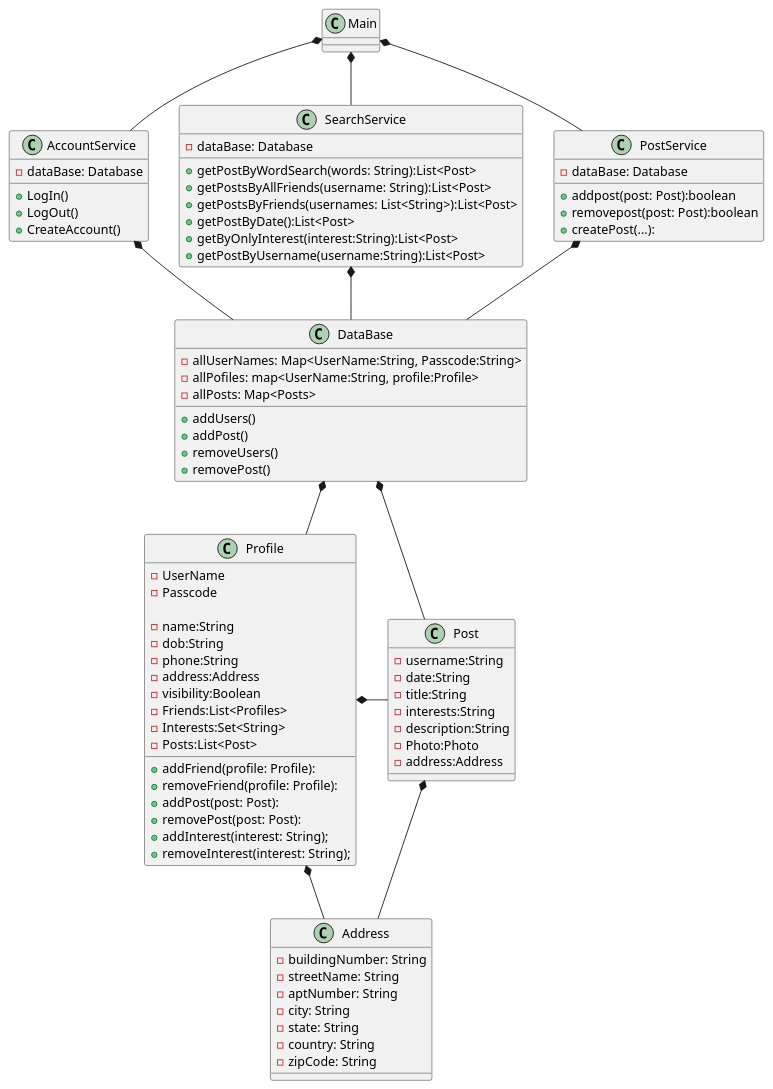
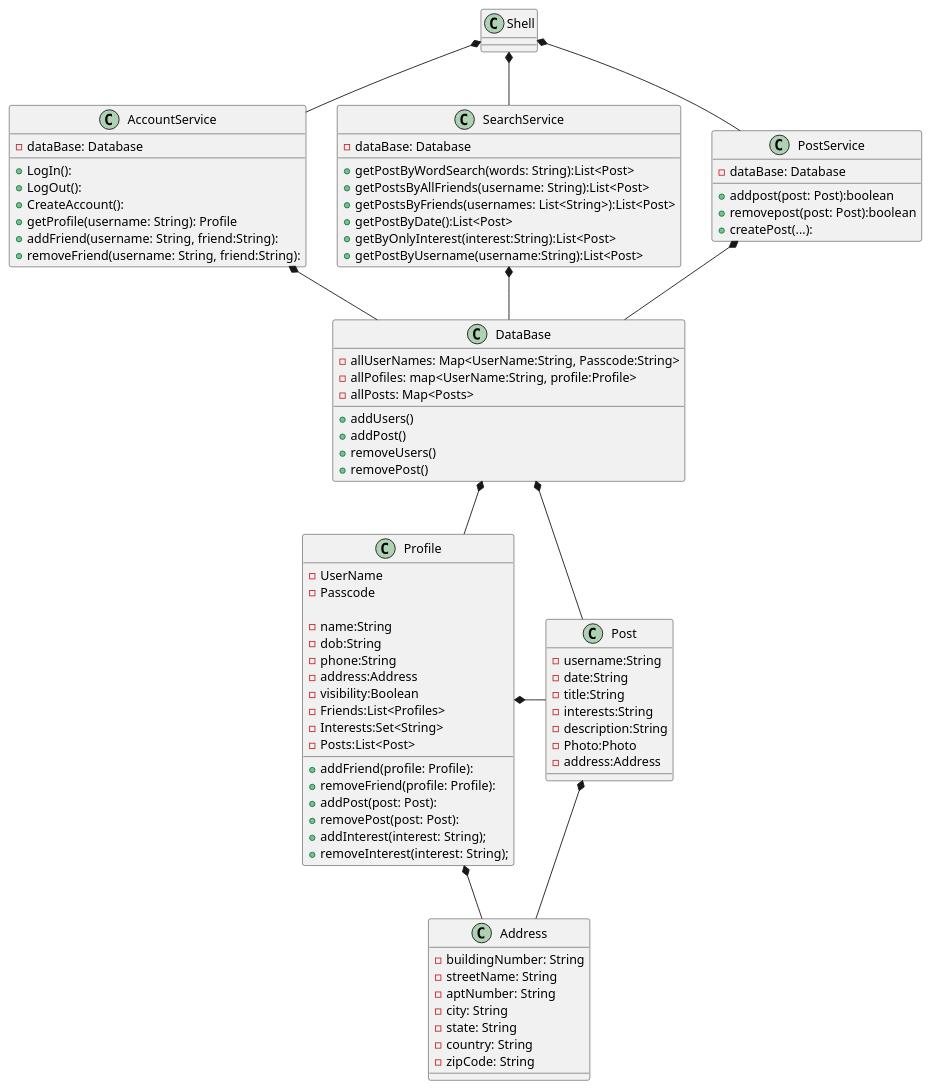
The diagram in src/main/resources/InterestServiceClassDiagram.puml (Fabdulla1/HobbyTree), drawn with PlantUML before and after one commit. The commit also changed 7 other files, not shown here.

```diff
--- a/src/main/resources/InterestServiceClassDiagram.puml
+++ b/src/main/resources/InterestServiceClassDiagram.puml
@@ -1,100 +1,103 @@
 @startuml
 'https://plantuml.com/class-diagram
 
 class DataBase {
     -allUserNames: Map<UserName:String, Passcode:String>
     -allPofiles: map<UserName:String, profile:Profile>
     -allPosts: Map<Posts>
 
     + addUsers()
     + addPost()
     + removeUsers()
     + removePost()
 }
 
 class Profile {
     - UserName
     - Passcode
 
     - name:String
     - dob:String
     - phone:String
     - address:Address
     - visibility:Boolean
     - Friends:List<Profiles>
     - Interests:Set<String>
     - Posts:List<Post>
 
     + addFriend(profile: Profile):
     + removeFriend(profile: Profile):
     + addPost(post: Post):
     + removePost(post: Post):
     + addInterest(interest: String);
     + removeInterest(interest: String);
 
 }
 
 class Post {
     - username:String
     - date:String
     - title:String
     - interests:String
     - description:String
     - Photo:Photo
     - address:Address
 }
 
 class Address {
     - buildingNumber: String
     - streetName: String
     - aptNumber: String
     - city: String
     - state: String
     - country: String
     - zipCode: String
 }
 
 class AccountService {
     - dataBase: Database
 
-    + LogIn()
-    + LogOut()
-    + CreateAccount()
+    + LogIn():
+    + LogOut():
+    + CreateAccount():
+    + getProfile(username: String): Profile
+    + addFriend(username: String, friend:String):
+    + removeFriend(username: String, friend:String):
 }
 
 class SearchService {
     - dataBase: Database
 
     + getPostByWordSearch(words: String):List<Post>
     + getPostsByAllFriends(username: String):List<Post>
     + getPostsByFriends(usernames: List<String>):List<Post>
     + getPostByDate():List<Post>
     + getByOnlyInterest(interest:String):List<Post>
     + getPostByUsername(username:String):List<Post>
 }
 
 class PostService{
     - dataBase: Database
 
     + addpost(post: Post):boolean
     + removepost(post: Post):boolean
     + createPost(...):
 }
 
-Main *-- AccountService
-Main *-- SearchService
-Main *-- PostService
+Shell *-- AccountService
+Shell *-- SearchService
+Shell *-- PostService
 
 AccountService *-- DataBase
 SearchService *-- DataBase
 PostService *-- DataBase
 
 DataBase *-- Profile
 DataBase *-- Post
 
 Profile *- Post
 Profile *-- Address
 
 Post *- Address
 
 @enduml
```
